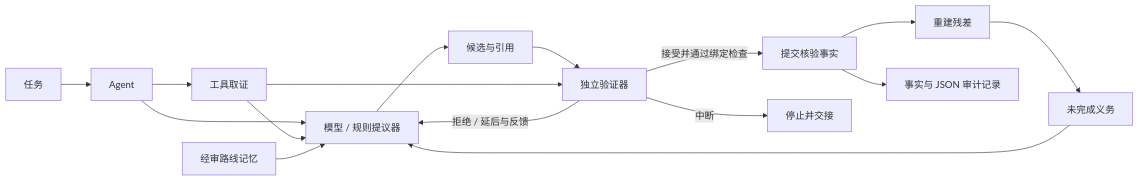
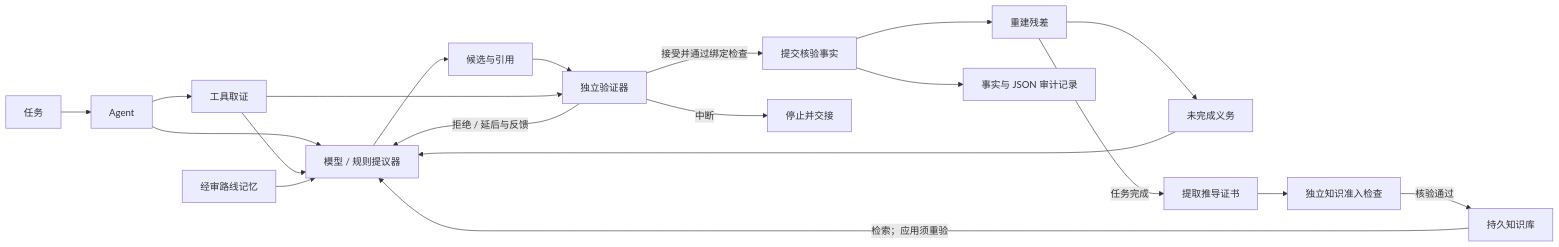
Before and after one commit to 1105216375-alt/resimind: the diagram in README.zh-CN.md, drawn with Mermaid. The commit also changed other lines of this file and 15 other files, not shown here.

````diff
--- a/README.zh-CN.md
+++ b/README.zh-CN.md
@@ -225,18 +263,22 @@
 ```mermaid
 flowchart LR
     T[任务] --> A[Agent]
     A --> E[工具取证]
     A --> P[模型 / 规则提议器]
     E --> P
     M[经审路线记忆] --> P
     R[未完成义务] --> P
     P --> C[候选与引用]
     C --> V[独立验证器]
     E --> V
     V -->|接受并通过绑定检查| F[提交核验事实]
     V -->|拒绝 / 延后与反馈| P
     V -->|中断| H[停止并交接]
     F --> D[重建残差]
     D --> R
     F --> O[事实与 JSON 审计记录]
+    D -->|任务完成| X[提取推导证书]
+    X --> K[独立知识准入检查]
+    K -->|核验通过| L[持久知识库]
+    L -->|检索；应用须重验| P
 ```
````
